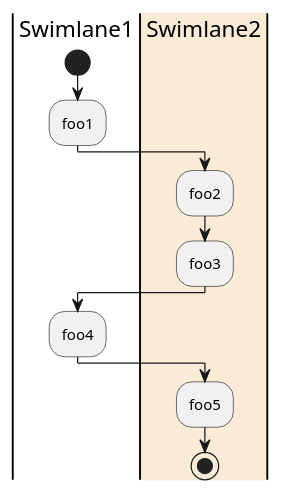
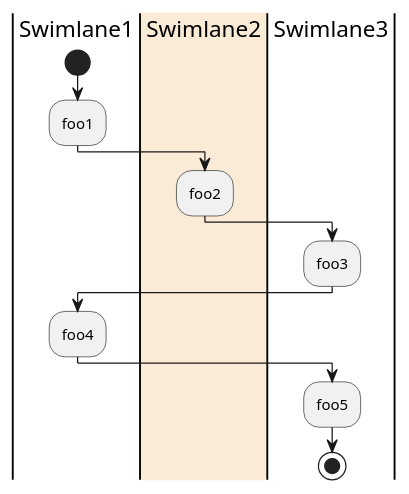
Before and after one commit to sidiandi/mds: diagram 14 of 17 in example/Examples/Activity%20Diagram.md, drawn with PlantUML. The commit also changed other lines of this file and 21 other files, not shown here.

```diff
--- a/example/Examples/Activity%20Diagram.md
+++ b/example/Examples/Activity%20Diagram.md
@@ -235,13 +220,14 @@
 @startuml
 |Swimlane1|
 start
 :foo1;
 |#AntiqueWhite|Swimlane2|
 :foo2;
+|Swimlane3|
 :foo3;
 |Swimlane1|
 :foo4;
-|Swimlane2|
+|Swimlane3|
 :foo5;
 stop
 @enduml
```
